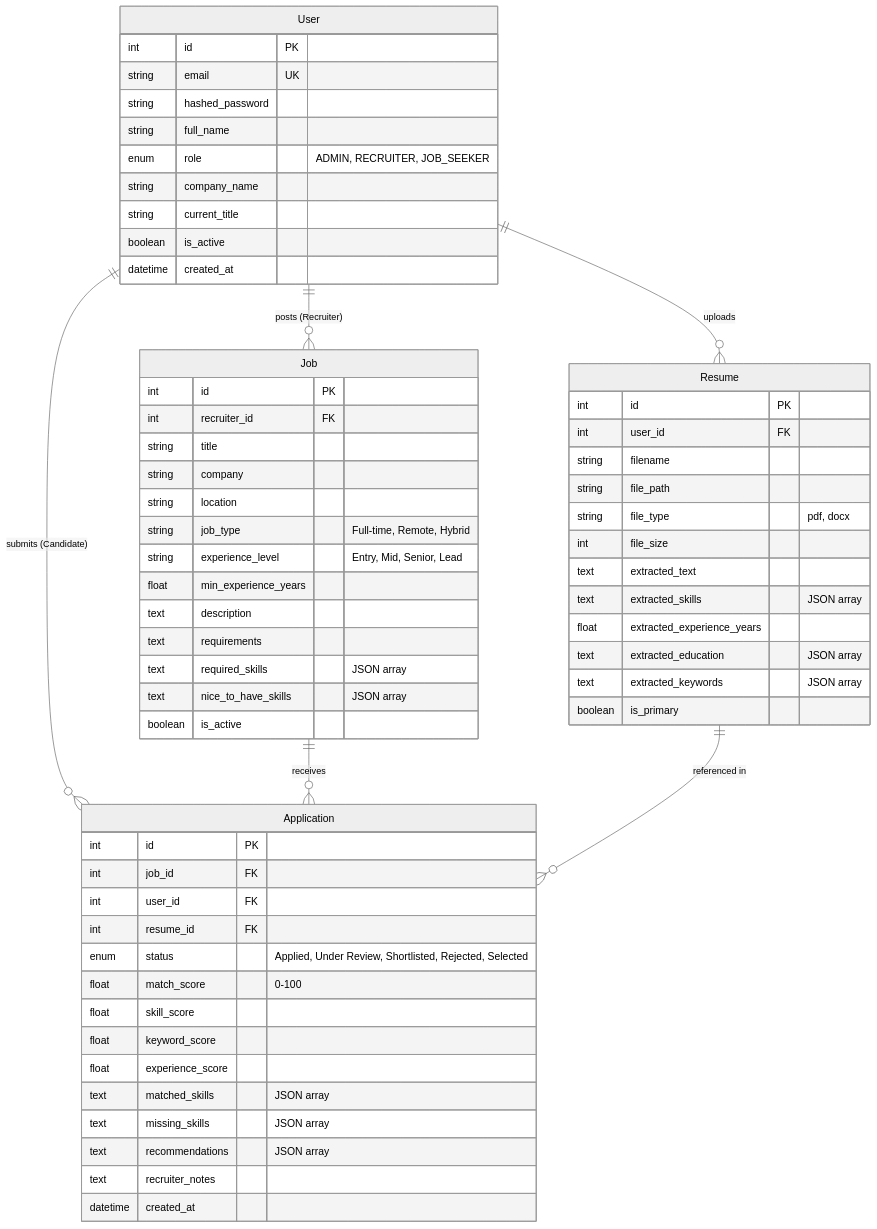
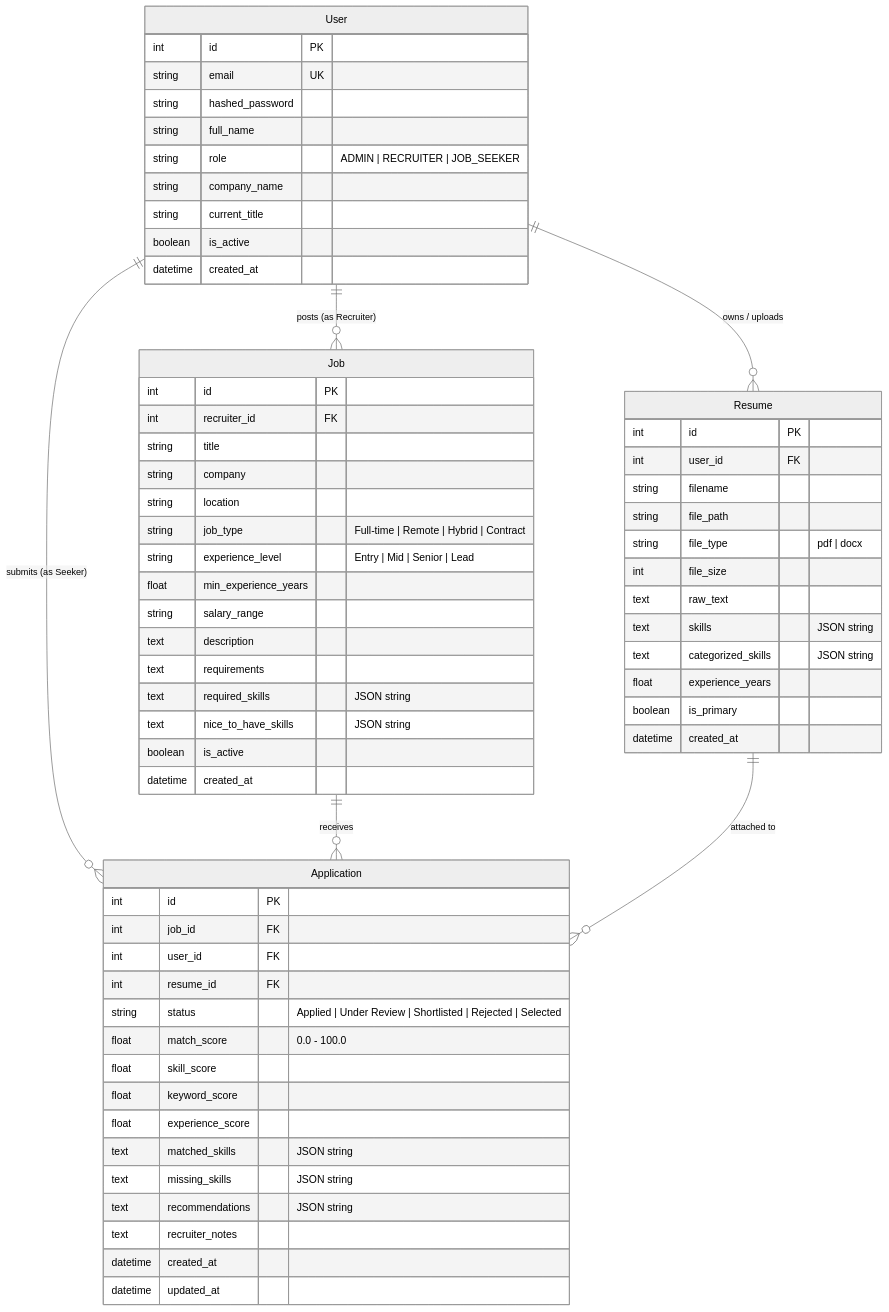
The second of 2 diagrams in README.md (Induvardhan116/HireMatch-AI), drawn with Mermaid (neutral theme) before and after one commit. The commit also changed other lines of this file, not shown here.

Commit message:
docs: improve HireMatch AI project documentation

````diff
--- a/README.md
+++ b/README.md
@@ -235,68 +267,71 @@
 ```mermaid
 erDiagram
-    User ||--o{ Resume : "uploads"
-    User ||--o{ Job : "posts (Recruiter)"
-    User ||--o{ Application : "submits (Candidate)"
+    User ||--o{ Resume : "owns / uploads"
+    User ||--o{ Job : "posts (as Recruiter)"
+    User ||--o{ Application : "submits (as Seeker)"
     Job ||--o{ Application : "receives"
-    Resume ||--o{ Application : "referenced in"
+    Resume ||--o{ Application : "attached to"
 
     User {
         int id PK
         string email UK
         string hashed_password
         string full_name
-        enum role "ADMIN, RECRUITER, JOB_SEEKER"
+        string role "ADMIN | RECRUITER | JOB_SEEKER"
         string company_name
         string current_title
         boolean is_active
         datetime created_at
     }
 
     Resume {
         int id PK
         int user_id FK
         string filename
         string file_path
-        string file_type "pdf, docx"
+        string file_type "pdf | docx"
         int file_size
-        text extracted_text
-        text extracted_skills "JSON array"
-        float extracted_experience_years
-        text extracted_education "JSON array"
-        text extracted_keywords "JSON array"
+        text raw_text
+        text skills "JSON string"
+        text categorized_skills "JSON string"
+        float experience_years
         boolean is_primary
+        datetime created_at
     }
 
     Job {
         int id PK
         int recruiter_id FK
         string title
         string company
         string location
-        string job_type "Full-time, Remote, Hybrid"
-        string experience_level "Entry, Mid, Senior, Lead"
+        string job_type "Full-time | Remote | Hybrid | Contract"
+        string experience_level "Entry | Mid | Senior | Lead"
         float min_experience_years
+        string salary_range
         text description
         text requirements
-        text required_skills "JSON array"
-        text nice_to_have_skills "JSON array"
+        text required_skills "JSON string"
+        text nice_to_have_skills "JSON string"
         boolean is_active
+        datetime created_at
     }
 
     Application {
         int id PK
         int job_id FK
         int user_id FK
         int resume_id FK
-        enum status "Applied, Under Review, Shortlisted, Rejected, Selected"
-        float match_score "0-100"
+        string status "Applied | Under Review | Shortlisted | Rejected | Selected"
+        float match_score "0.0 - 100.0"
         float skill_score
         float keyword_score
         float experience_score
-        text matched_skills "JSON array"
-        text missing_skills "JSON array"
-        text recommendations "JSON array"
+        text matched_skills "JSON string"
+        text missing_skills "JSON string"
+        text recommendations "JSON string"
         text recruiter_notes
         datetime created_at
+        datetime updated_at
     }
 ```
````
